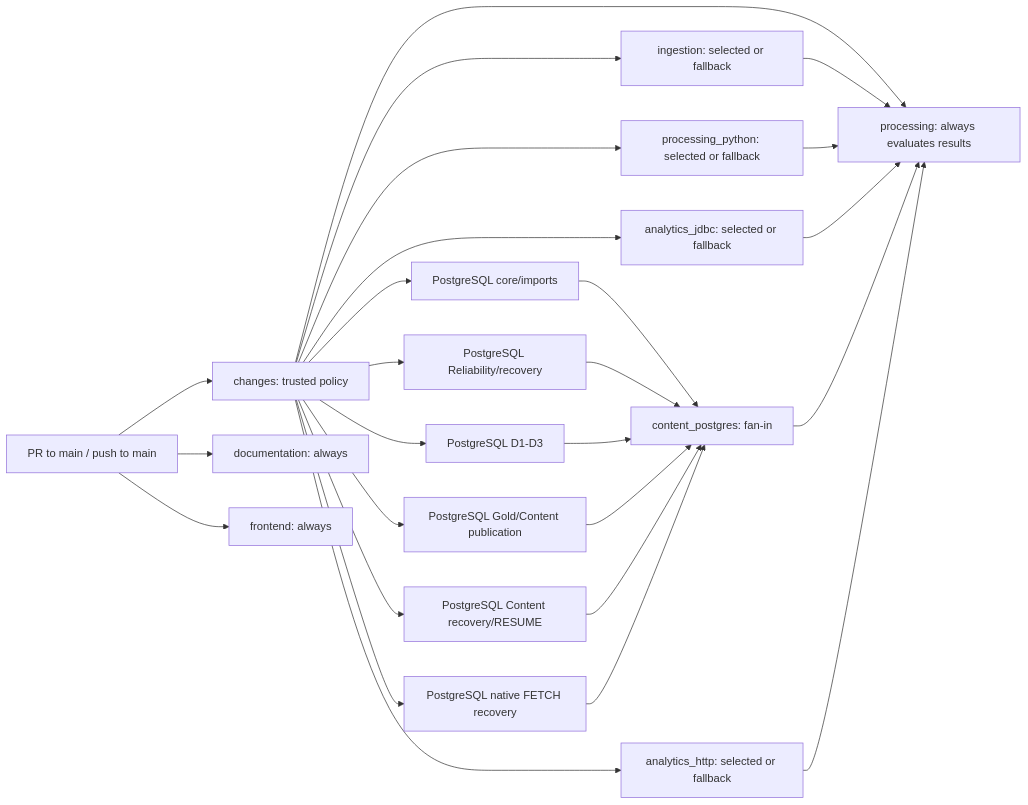
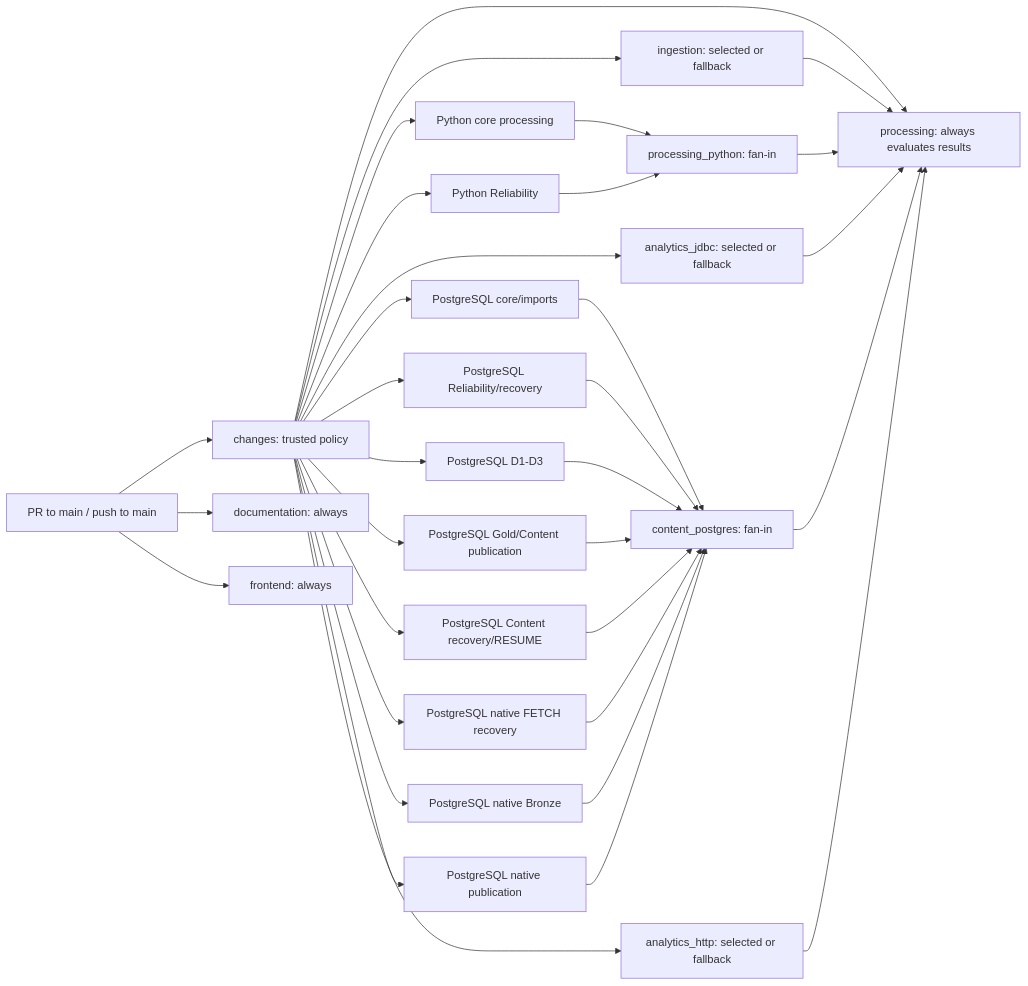
The diagram in docs/operations/ci.md (saurabh-tayade/distributed-data-intelligence-platform), drawn with Mermaid before and after one commit. The commit also changed other lines of this file and 67 other files, not shown here.

````diff
--- a/docs/operations/ci.md
+++ b/docs/operations/ci.md
@@ -39,28 +40,35 @@
 ```mermaid
 flowchart LR
   event[PR to main / push to main] --> changes[changes: trusted policy]
   event --> docs[documentation: always]
   event --> frontend[frontend: always]
   changes --> ingestion[ingestion: selected or fallback]
-  changes --> python[processing_python: selected or fallback]
+  changes --> pycore[Python core processing]
+  changes --> pyreliability[Python Reliability]
+  pycore --> python[processing_python: fan-in]
+  pyreliability --> python
   changes --> jdbc[analytics_jdbc: selected or fallback]
   changes --> pgcore[PostgreSQL core/imports]
   changes --> pgrel[PostgreSQL Reliability/recovery]
   changes --> pgingest[PostgreSQL D1-D3]
   changes --> pggold[PostgreSQL Gold/Content publication]
   changes --> pgrecovery[PostgreSQL Content recovery/RESUME]
   changes --> pgnative[PostgreSQL native FETCH recovery]
+  changes --> pgbronze[PostgreSQL native Bronze]
+  changes --> pgpublication[PostgreSQL native publication]
   pgcore --> postgres[content_postgres: fan-in]
   pgrel --> postgres
   pgingest --> postgres
   pggold --> postgres
   pgrecovery --> postgres
   pgnative --> postgres
+  pgbronze --> postgres
+  pgpublication --> postgres
   changes --> http[analytics_http: selected or fallback]
   changes --> gate[processing: always evaluates results]
   ingestion --> gate
   python --> gate
   jdbc --> gate
   postgres --> gate
   http --> gate
 ```
````
